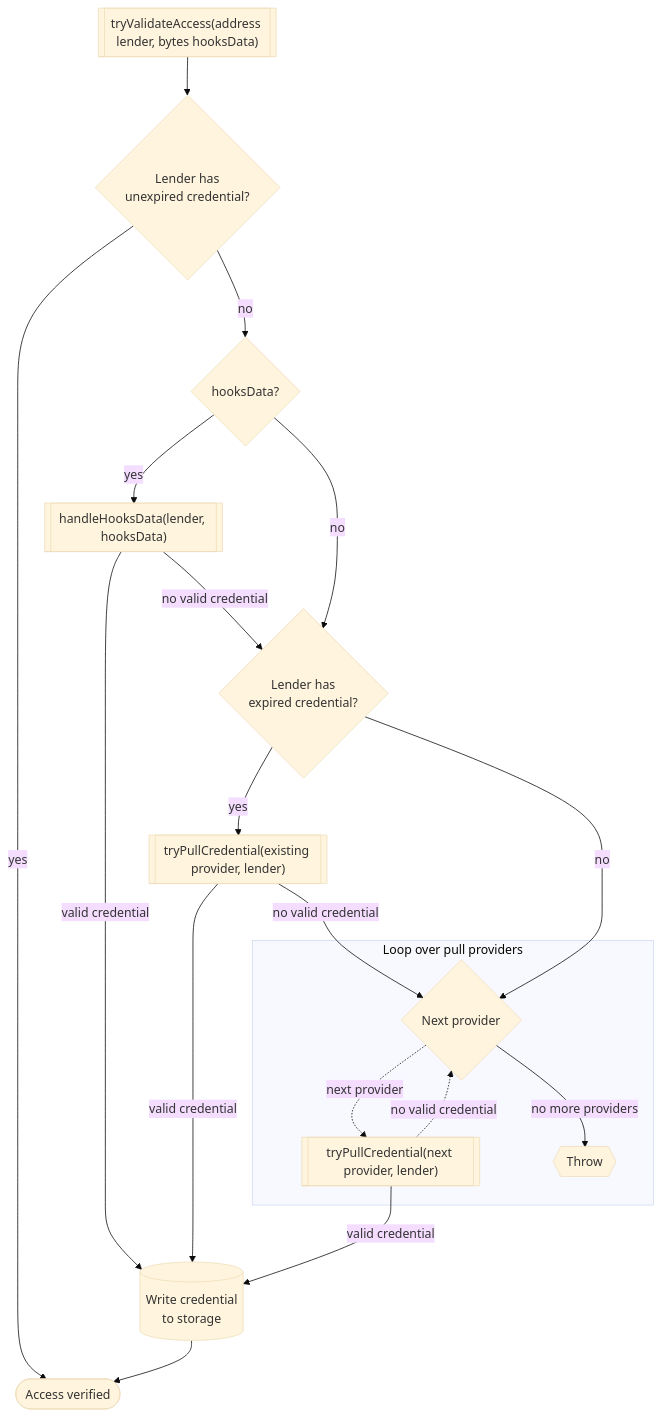
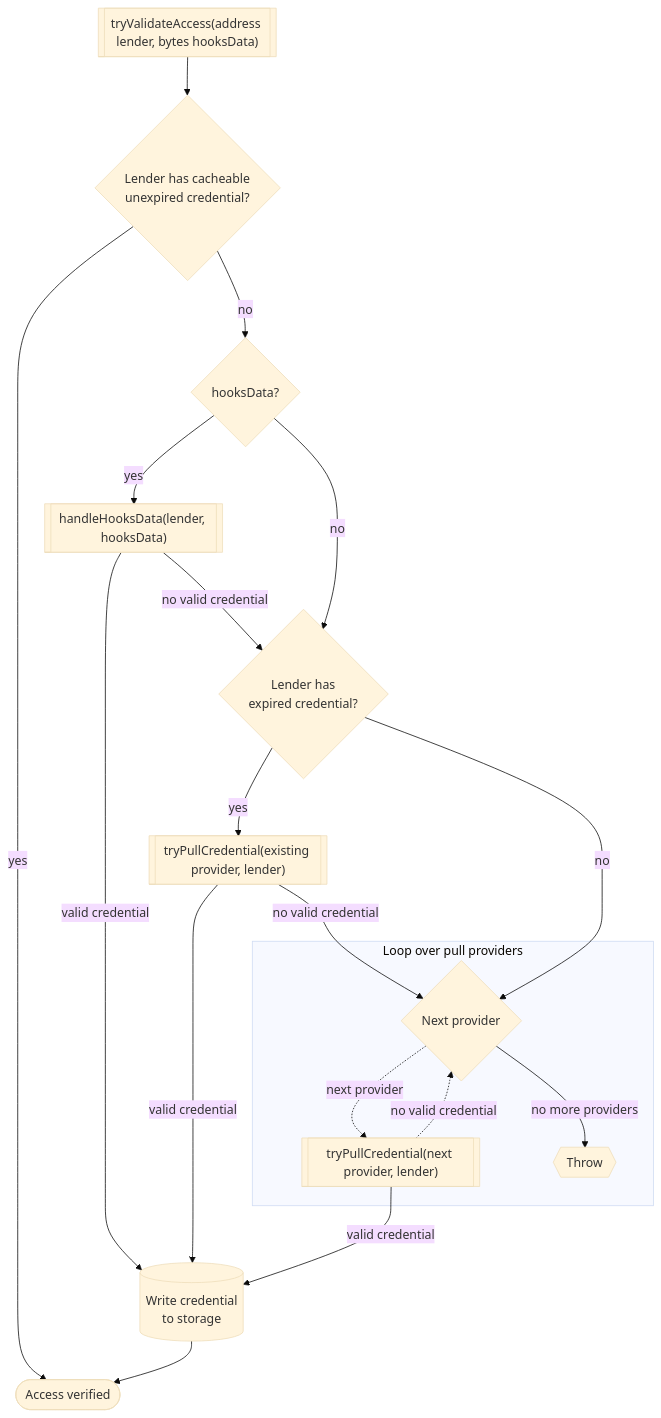
One commit to wildcat-finance/v2-protocol changed the first of 3 diagrams in docs/hooks/templates/Access Control Hooks.md. Above: the diagram before and after it, drawn with Mermaid (base theme). The commit also changed other lines of this file and 3 other files, not shown here.

````diff
--- a/docs/hooks/templates/Access Control Hooks.md
+++ b/docs/hooks/templates/Access Control Hooks.md
@@ -73,22 +81,22 @@
 ```mermaid
 flowchart TD
-    validateAccess[["tryValidateAccess(address lender, bytes hooksData)"]] --> hasUnexpiredCredential{Lender has\nunexpired credential?}
+    validateAccess[["tryValidateAccess(address lender, bytes hooksData)"]] --> hasUnexpiredCredential{Lender has cacheable\nunexpired credential?}
     hasUnexpiredCredential -- yes --> returnTrue([Access verified])
     hasUnexpiredCredential -- no --> providedHooksData{hooksData?}
     providedHooksData -- yes --> callHandleHooksData[["handleHooksData(lender, hooksData)"]]
     callHandleHooksData -- valid credential --> step5[(Write credential\nto storage)] --> returnTrue
     callHandleHooksData -- no valid credential --> expiredCredential{Lender has\nexpired credential?}
     providedHooksData -- no --> expiredCredential
     expiredCredential -- yes --> callTryPullCredential1[["tryPullCredential(existing provider, lender)"]]
     callTryPullCredential1 -- valid credential --> step5
     callTryPullCredential1 -- no valid credential --> loopStart
     expiredCredential -- no --> loopStart
 
     subgraph loopProviders [Loop over pull providers]
         loopStart{Next provider}
         loopStart -. next provider .-> callTryPullCredential2[["tryPullCredential(next provider, lender)"]]
         callTryPullCredential2 -. no valid credential .-> loopStart
         loopStart -- no more providers --> throwErrorHandle{{Throw}}
     end
     callTryPullCredential2 -- valid credential --> step5
 ```
````
